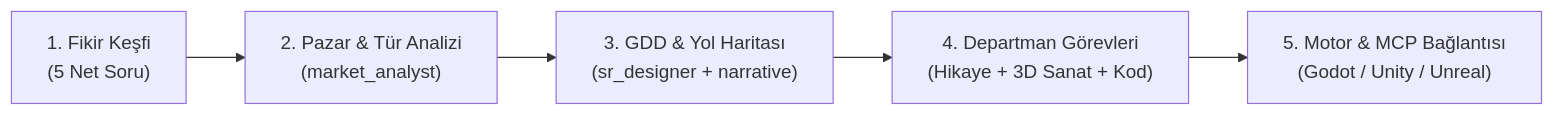
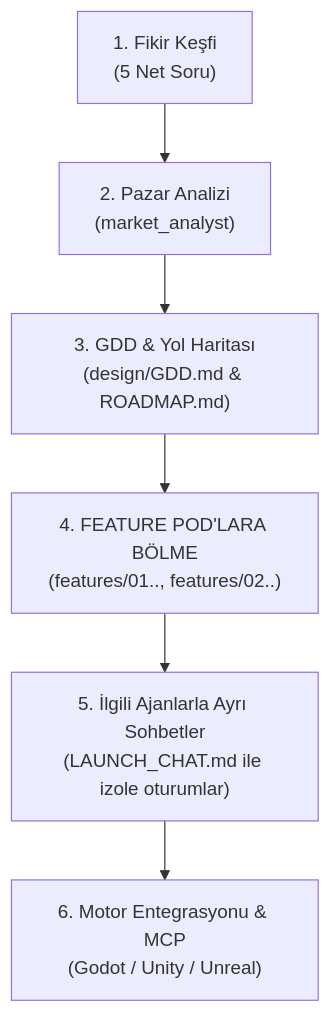
One commit to kursatsndgn/master-game-studio changed the diagram in .agents/rules/studio-conductor.md. Above: the diagram before and after it, drawn with Mermaid. The commit also changed other lines of this file and 7 other files, not shown here.

Commit message:
feat: establish feature pods, dedicated chat launcher protocol, and universal IDE alignment

````diff
--- a/.agents/rules/studio-conductor.md
+++ b/.agents/rules/studio-conductor.md
@@ -15,7 +34,8 @@
 ```mermaid
-flowchart LR
-    P1["1. Fikir Keşfi\n(5 Net Soru)"] --> P2["2. Pazar & Tür Analizi\n(market_analyst)"]
-    P2 --> P3["3. GDD & Yol Haritası\n(sr_designer + narrative)"]
-    P3 --> P4["4. Departman Görevleri\n(Hikaye + 3D Sanat + Kod)"]
-    P4 --> P5["5. Motor & MCP Bağlantısı\n(Godot / Unity / Unreal)"]
+flowchart TD
+    P1["1. Fikir Keşfi\n(5 Net Soru)"] --> P2["2. Pazar Analizi\n(market_analyst)"]
+    P2 --> P3["3. GDD & Yol Haritası\n(design/GDD.md & ROADMAP.md)"]
+    P3 --> P4["4. FEATURE POD'LARA BÖLME\n(features/01.., features/02..)"]
+    P4 --> P5["5. İlgili Ajanlarla Ayrı Sohbetler\n(LAUNCH_CHAT.md ile izole oturumlar)"]
+    P5 --> P6["6. Motor Entegrasyonu & MCP\n(Godot / Unity / Unreal)"]
 ```
````
